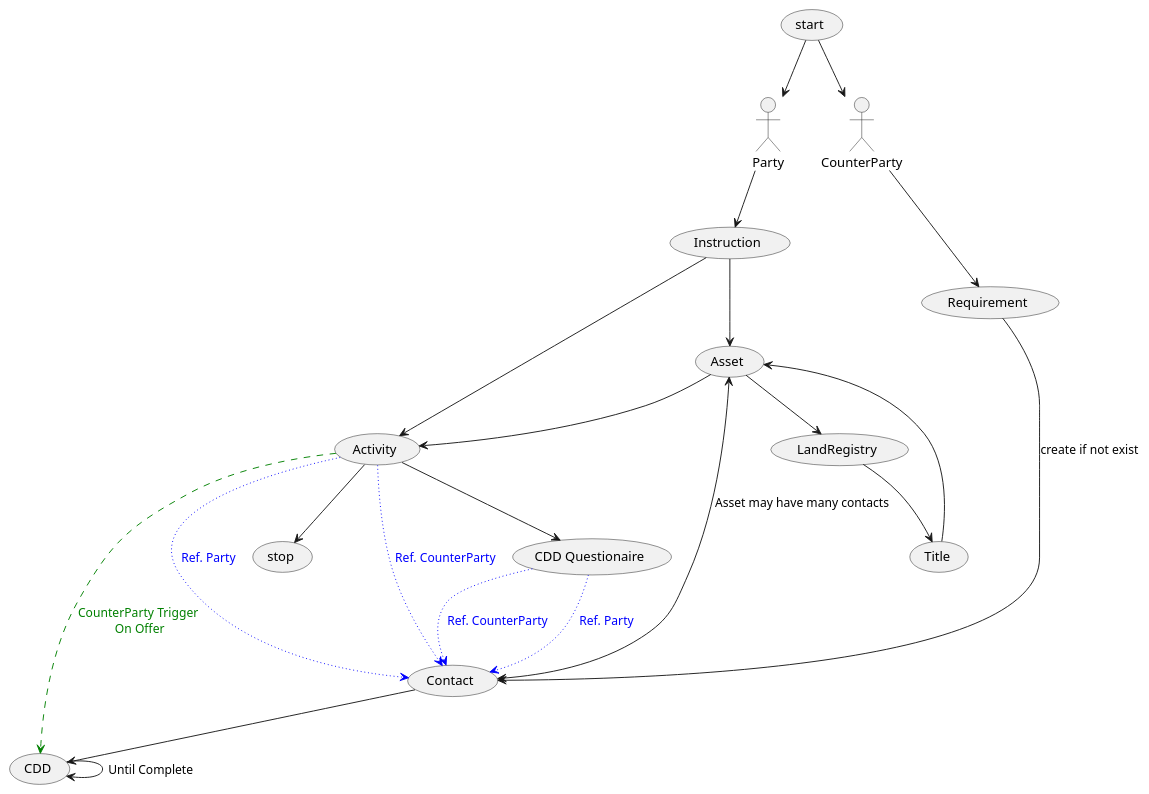
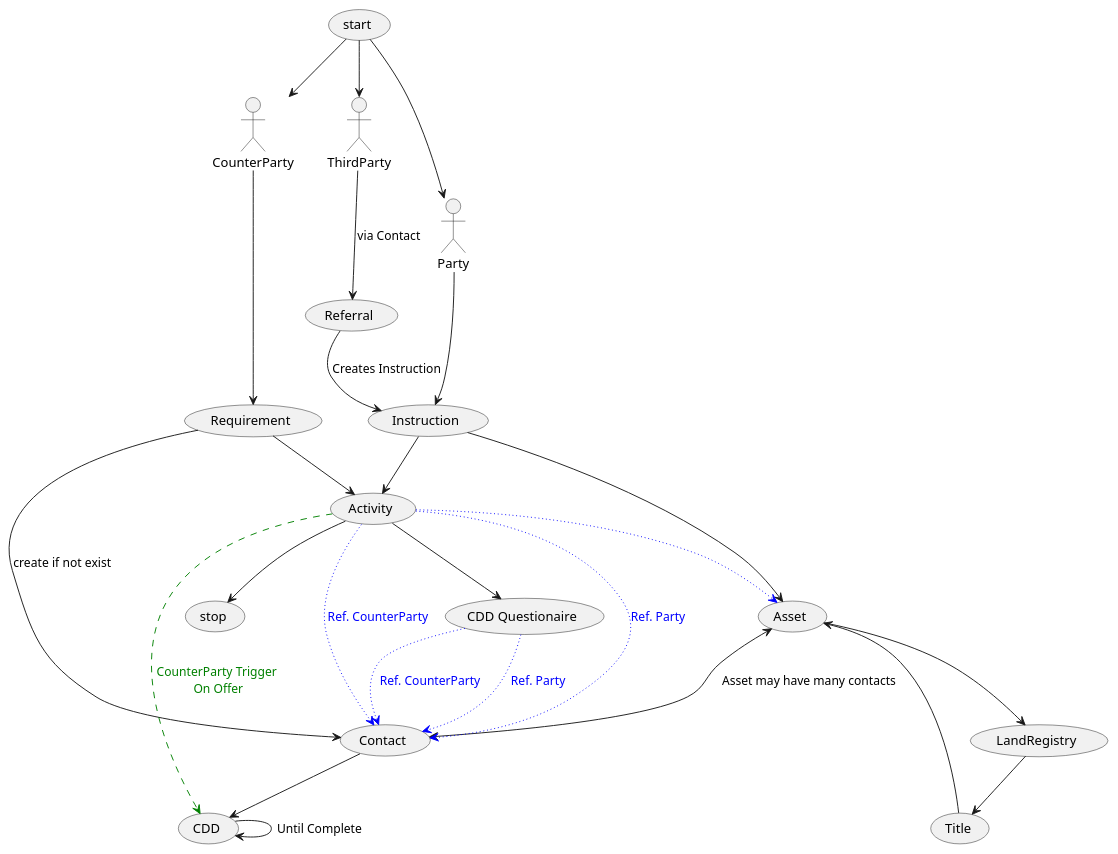
Before and after one commit to Kf-GaryNewport/Kf-GaryNewport.github.io: the diagram in assets/CDD/Cdd-CounterParty.puml, drawn with PlantUML. The commit also changed 1 other file, not shown here.

```diff
--- a/assets/CDD/Cdd-CounterParty.puml
+++ b/assets/CDD/Cdd-CounterParty.puml
@@ -1,33 +1,38 @@
 @startuml cdd CounterParty
 
 
 (start) --> Party
+(start) --> ThirdParty
 (start) --> CounterParty
 
 Party --> (Instruction)
+ThirdParty --> (Referral) : via Contact
+(Referral) --> (Instruction) : Creates Instruction
 CounterParty --> (Requirement)
 
 (Requirement) --> (Contact) : create if not exist
 
 (Instruction) --> (Asset)
 (Asset) --> (LandRegistry) 
 (LandRegistry)  --> (Title)
 (Title) --> (Asset)
 (Asset) <--> (Contact) : Asset may have many contacts
 (Contact) --> (CDD)
 (CDD) --> (CDD) : Until Complete
 
 (Instruction) --> (Activity)
-(Asset) --> (Activity)
+(Requirement) --> (Activity)
+
+(Activity) --> (Asset) #blue;line.dotted;text:blue
 (Activity) --> (Contact) #blue;line.dotted;text:blue : Ref. Party
 (Activity) --> (Contact) #blue;line.dotted;text:blue : Ref. CounterParty
 (Activity) --> (CDD Questionaire)
 
 (CDD Questionaire) ..> (Contact) #blue;line.dotted;text:blue : Ref. Party
 (CDD Questionaire) ..> (Contact) #blue;line.dotted;text:blue : Ref. CounterParty
 
 (Activity) ..> (CDD) #green;line.dashed;text:green : CounterParty Trigger\n On Offer
 
 (Activity) --> (stop)
 
 @enduml
```
